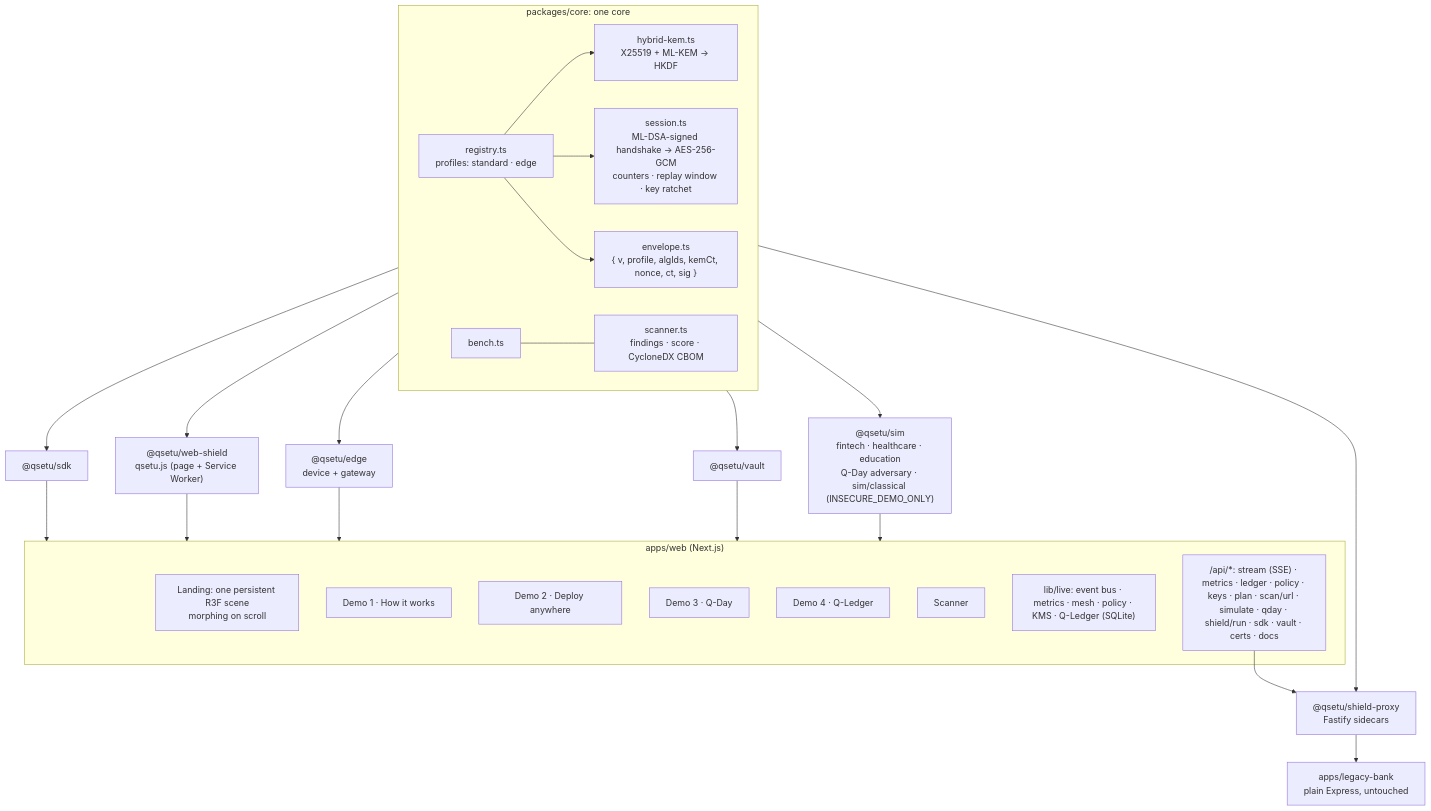
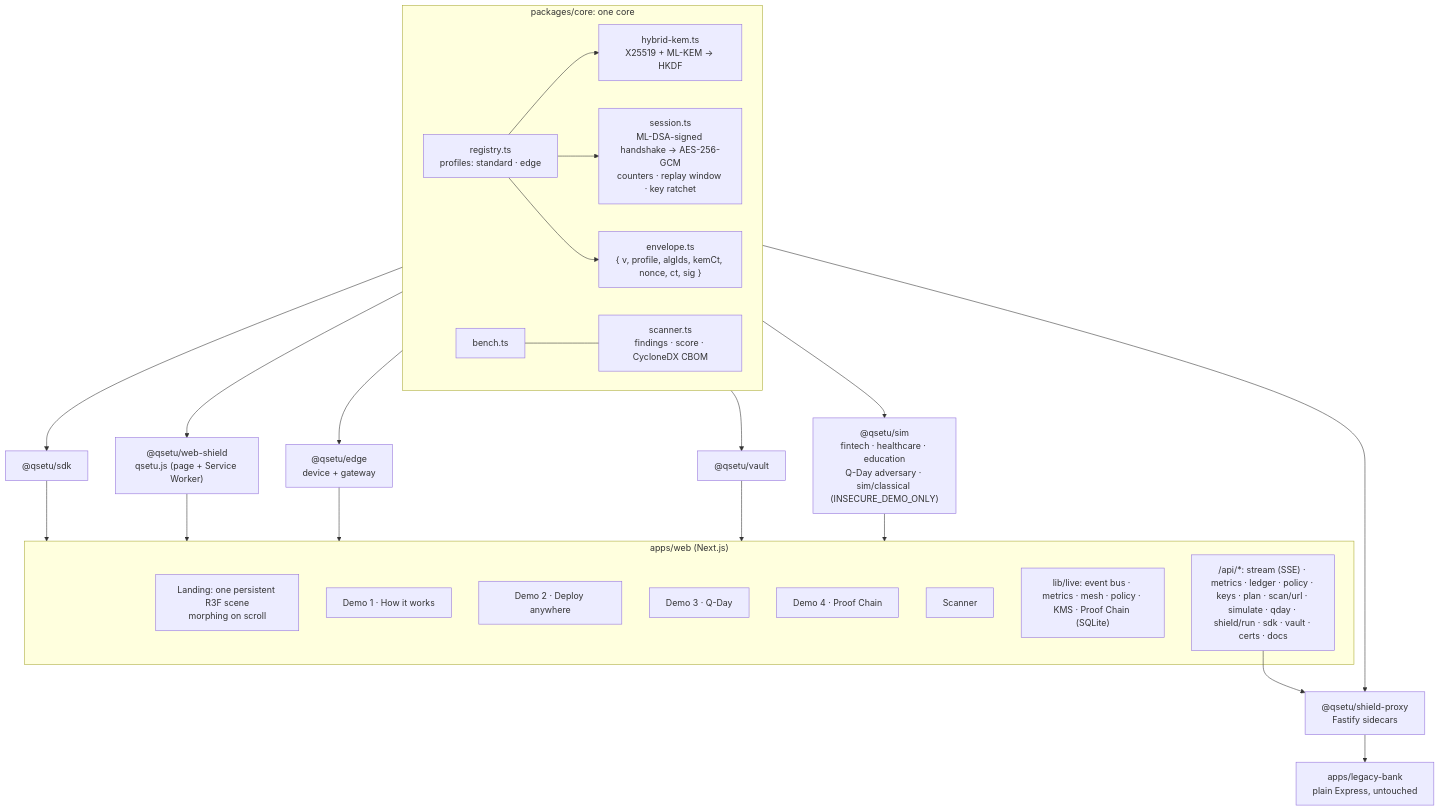
One commit to Yojan-ui/quantumledger changed the diagram in q-setu/README.md. Above: the diagram before and after it, drawn with Mermaid. The commit also changed other lines of this file and 139 other files, not shown here.

First line of the commit message:
Rename Q-Setu to QuantumLedger, and Q-Ledger to Proof Chain

````diff
--- a/q-setu/README.md
+++ b/q-setu/README.md
@@ -23,20 +23,20 @@
 ```mermaid
 flowchart TB
   subgraph core["packages/core: one core"]
     R["registry.ts<br/>profiles: standard · edge"] --> H["hybrid-kem.ts<br/>X25519 + ML-KEM → HKDF"]
     R --> S["session.ts<br/>ML-DSA-signed handshake → AES-256-GCM<br/>counters · replay window · key ratchet"]
     R --> E["envelope.ts<br/>{ v, profile, algIds, kemCt, nonce, ct, sig }"]
     B[bench.ts] --- SC["scanner.ts<br/>findings · score · CycloneDX CBOM"]
   end
   core --> SDK["@qsetu/sdk"] & WEB["@qsetu/web-shield<br/>qsetu.js (page + Service Worker)"] & SH["@qsetu/shield-proxy<br/>Fastify sidecars"] & EDGE["@qsetu/edge<br/>device + gateway"] & VAULT["@qsetu/vault"]
   SH --> LEG["apps/legacy-bank<br/>plain Express, untouched"]
   core --> SIM["@qsetu/sim<br/>fintech · healthcare · education<br/>Q-Day adversary · sim/classical (INSECURE_DEMO_ONLY)"]
   subgraph web["apps/web (Next.js)"]
     SITE["Landing: one persistent R3F scene<br/>morphing on scroll"]
-    D1[Demo 1 · How it works] & D2[Demo 2 · Deploy anywhere] & D3[Demo 3 · Q-Day] & D4[Demo 4 · Q-Ledger] & SCN[Scanner]
-    BUS["lib/live: event bus · metrics · mesh · policy · KMS · Q-Ledger (SQLite)"]
+    D1[Demo 1 · How it works] & D2[Demo 2 · Deploy anywhere] & D3[Demo 3 · Q-Day] & D4[Demo 4 · Proof Chain] & SCN[Scanner]
+    BUS["lib/live: event bus · metrics · mesh · policy · KMS · Proof Chain (SQLite)"]
     API["/api/*: stream (SSE) · metrics · ledger · policy · keys · plan · scan/url · simulate · qday · shield/run · sdk · vault · certs · docs"]
   end
   SDK & WEB & EDGE & VAULT & SIM --> web
   API --> SH
 ```
````
